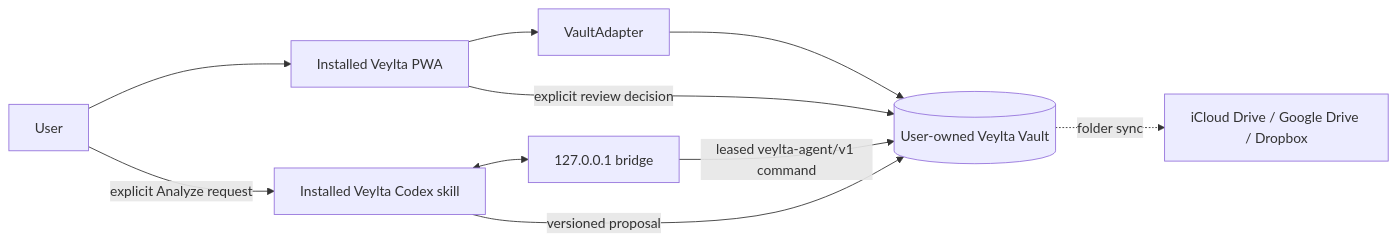
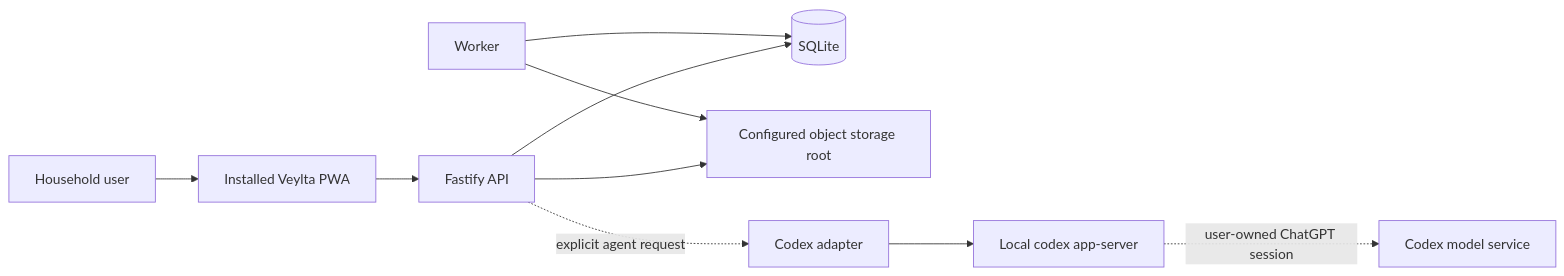
Before and after one commit to Braidner/veylta: the first of 3 diagrams in docs/architecture.md, drawn with Mermaid. The commit also changed other lines of this file and 50 other files, not shown here.

````diff
--- a/docs/architecture.md
+++ b/docs/architecture.md
@@ -9,12 +9,12 @@
 ```mermaid
 flowchart LR
-  U["User"] --> P["Installed Veylta PWA"]
-  P --> A["VaultAdapter"]
-  A --> V[("User-owned Veylta Vault")]
-  V -. "folder sync" .-> C["iCloud Drive / Google Drive / Dropbox"]
-  U -->|"explicit Analyze request"| S["Installed Veylta Codex skill"]
-  S <--> B["127.0.0.1 bridge"]
-  B -->|"leased veylta-agent/v1 command"| V
-  S -->|"versioned proposal"| V
-  P -->|"explicit review decision"| V
+  U["Household user"] --> P["Installed Veylta PWA"]
+  P --> A["Fastify API"]
+  A --> D[("SQLite")]
+  A --> O["Configured object storage root"]
+  W["Worker"] --> D
+  W --> O
+  A -. "explicit agent request" .-> C["Codex adapter"]
+  C --> X["Local codex app-server"]
+  X -. "user-owned ChatGPT session" .-> M["Codex model service"]
 ```
````
